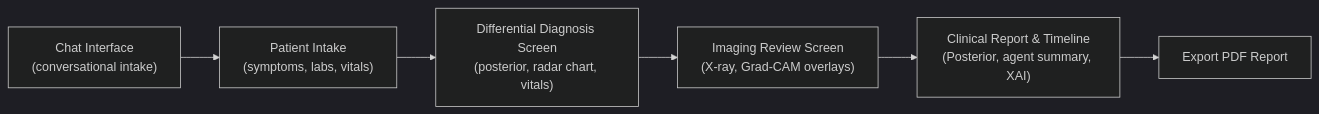
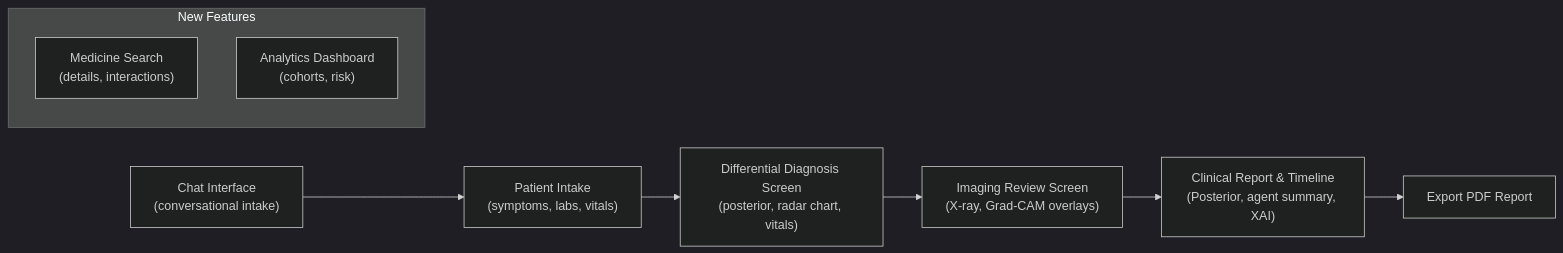
The second of 4 diagrams in README.md (anaslari23/Multi-Modal-Health-AI-Agent-Guide), drawn with Mermaid (dark theme) before and after one commit. The commit also changed other lines of this file, not shown here.

Commit message:
feat: Add documentation for Medicine Search and Patient Analytics features, including new UI, API, database components, and a fine-tuning guide.

````diff
--- a/README.md
+++ b/README.md
@@ -57,8 +61,13 @@
 ```mermaid
 flowchart LR
     Chat["Chat Interface\n(conversational intake)"] --> Intake["Patient Intake\n(symptoms, labs, vitals)"]
     Intake --> DDX["Differential Diagnosis Screen\n(posterior, radar chart, vitals)"]
     DDX --> Imaging["Imaging Review Screen\n(X-ray, Grad-CAM overlays)"]
     Imaging --> Report["Clinical Report & Timeline\n(Posterior, agent summary, XAI)"]
     Report --> Export["Export PDF Report"]
+    
+    subgraph New Features
+        Search["Medicine Search\n(details, interactions)"]
+        Analytics["Analytics Dashboard\n(cohorts, risk)"]
+    end
 ```
````
